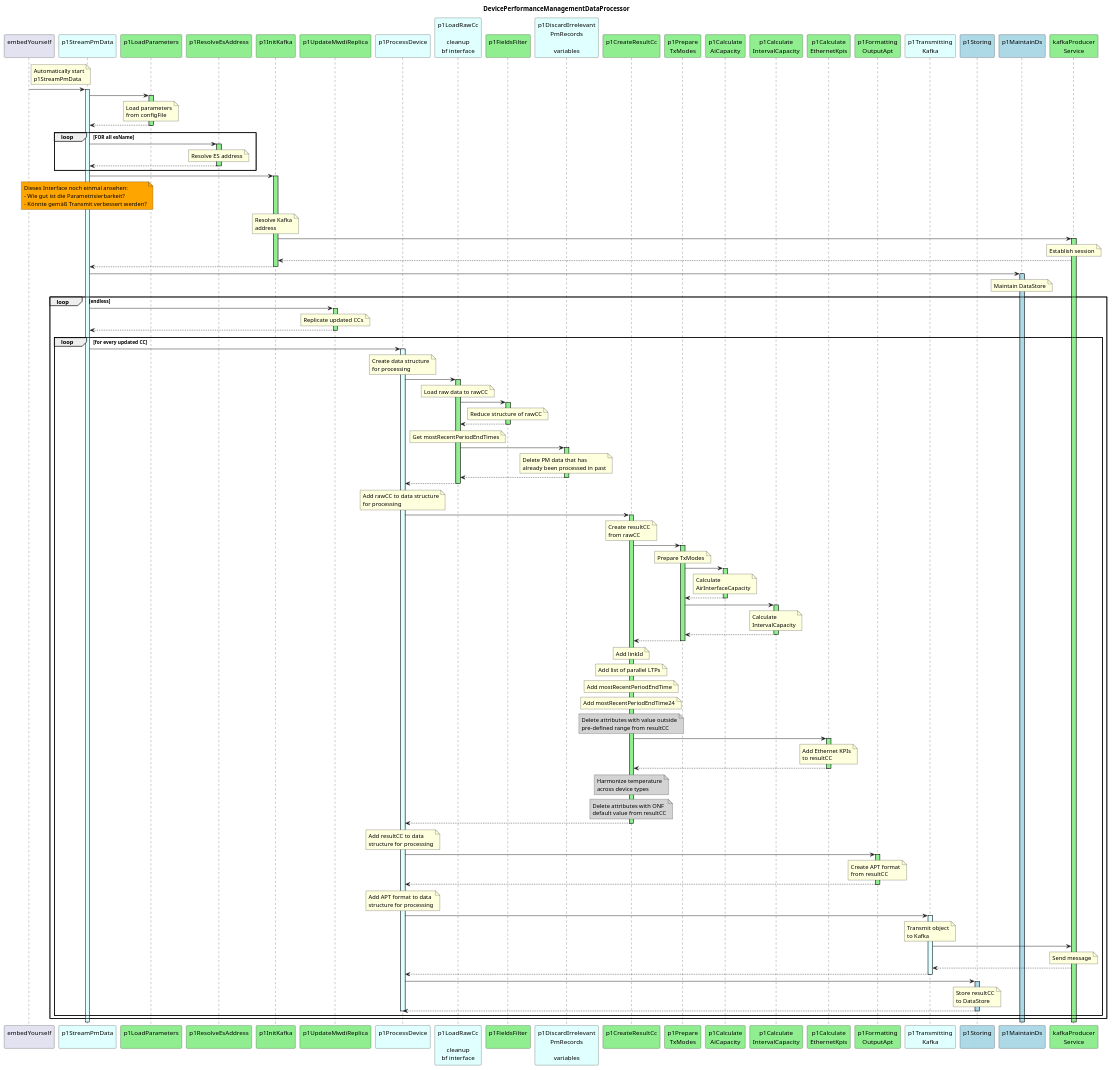
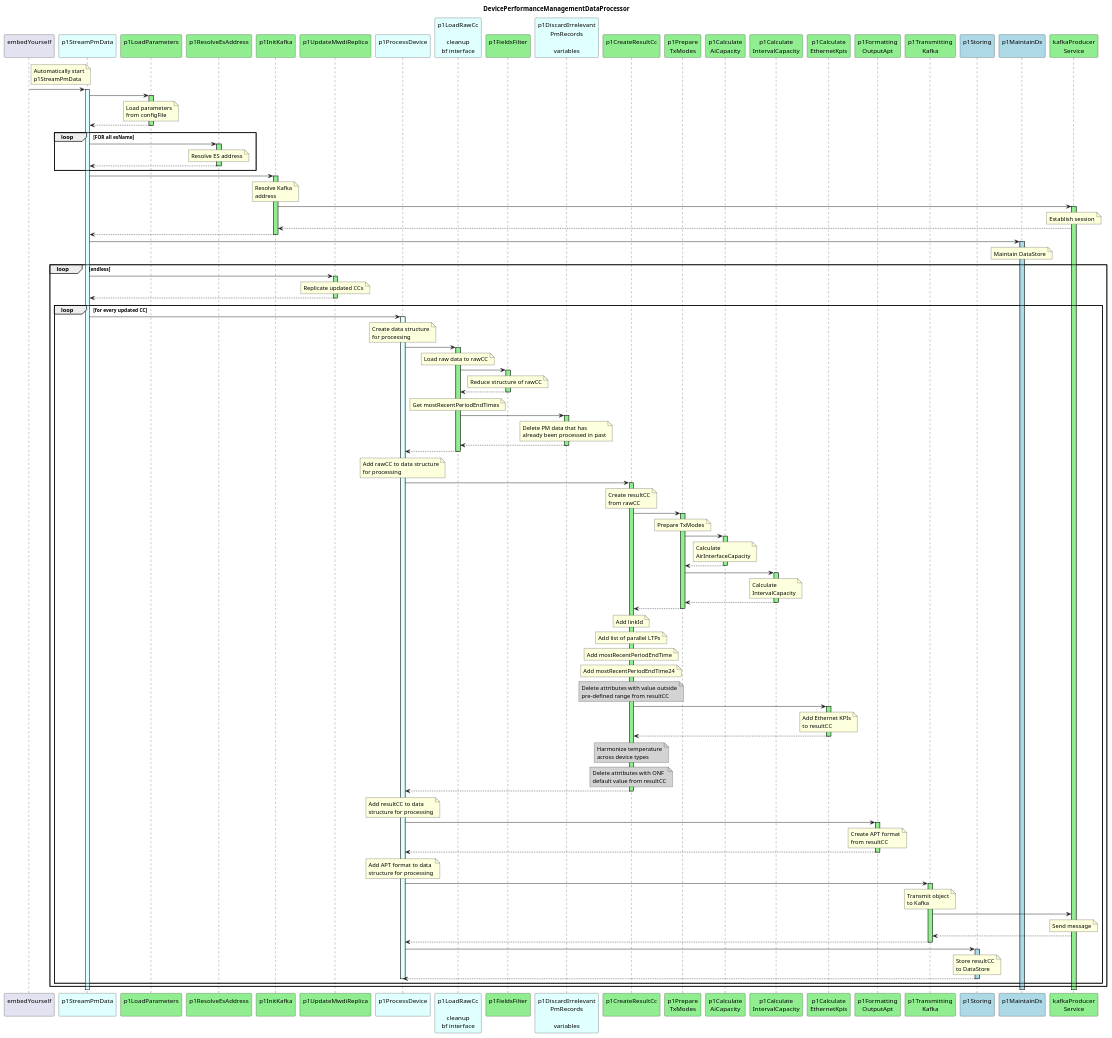
One commit to openBackhaul/DevicePerformanceManagementDataProcessor changed the diagram in spec/diagrams/hl_sequence.plantuml. Above: the diagram before and after it, drawn with PlantUML. The commit also changed 14 other files, not shown here.

```diff
--- a/spec/diagrams/hl_sequence.plantuml
+++ b/spec/diagrams/hl_sequence.plantuml
@@ -26,7 +26,7 @@
 
 participant "p1Formatting\nOutputApt" as p1Output #LightGreen
 
-participant "p1Transmitting\nKafka" as p1Trans #LightCyan
+participant "p1Transmitting\nKafka" as p1Trans #LightGreen
 
 participant "p1Storing\n" as p1Store #LightBlue
 participant "p1MaintainDs\n" as p1MDS #LightBlue
@@ -63,12 +63,6 @@
   end Loop
 
   p1RMWDI -> p1InitKafka
-    note over p1RMWDI #Orange
-      Dieses Interface noch einmal ansehen:
-      - Wie gut ist die Parametrisierbarkeit?
-      - Könnte gemäß Transmit verbessert werden?
-    end note
-  
   activate p1InitKafka #LightGreen
 
     note over p1InitKafka
@@ -269,7 +263,7 @@
 
         ' transmit data ->
         p1ProcessPm -> p1Trans
-        activate p1Trans #LightCyan
+        activate p1Trans #LightGreen
 
           note over p1Trans
             Transmit object
```
